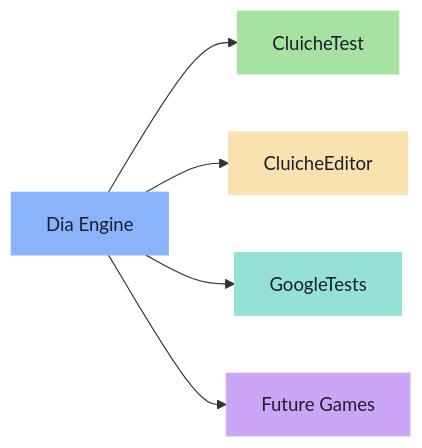
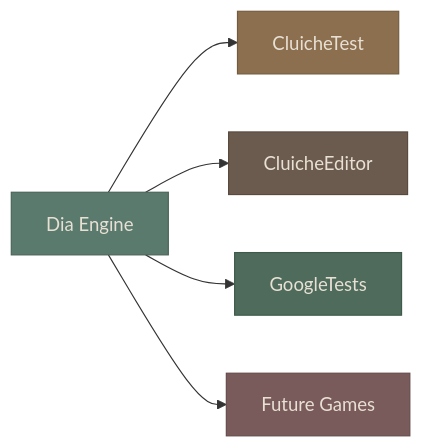
One commit to LenihanConor/Cluiche changed the diagram in docs/README.md. Above: the diagram before and after it, drawn with Mermaid. The commit also changed other lines of this file and 696 other files, not shown here.

````diff
--- a/docs/README.md
+++ b/docs/README.md
@@ -35,13 +35,13 @@
 ```mermaid
 graph LR
     A[Dia Engine] --> B[CluicheTest]
     A --> C[CluicheEditor]
     A --> D[GoogleTests]
     A --> E[Future Games]
     
-    style A fill:#89b4fa,color:#1e1e2e,stroke:#89b4fa
-    style B fill:#a6e3a1,color:#1e1e2e,stroke:#a6e3a1
-    style C fill:#f9e2af,color:#1e1e2e,stroke:#f9e2af
-    style D fill:#94e2d5,color:#1e1e2e,stroke:#94e2d5
-    style E fill:#cba6f7,color:#1e1e2e,stroke:#cba6f7
+    style A fill:#5b7a6e,color:#e8e0d4,stroke:#4a6358
+    style B fill:#8b6f4e,color:#e8e0d4,stroke:#735b3e
+    style C fill:#6b5b4e,color:#e8e0d4,stroke:#5a4a3e
+    style D fill:#4e6b5b,color:#e8e0d4,stroke:#3e5a4a
+    style E fill:#7a5b5b,color:#e8e0d4,stroke:#654a4a
 ```
````
